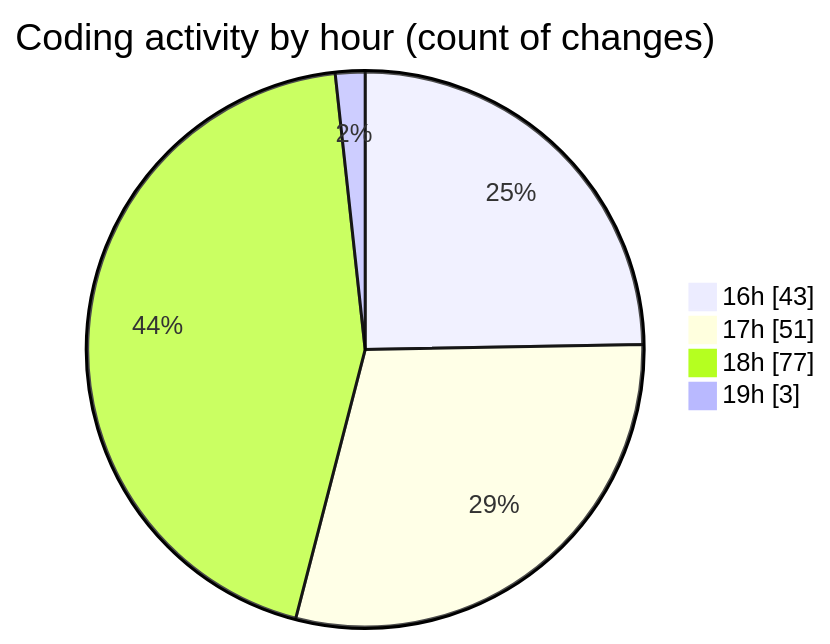
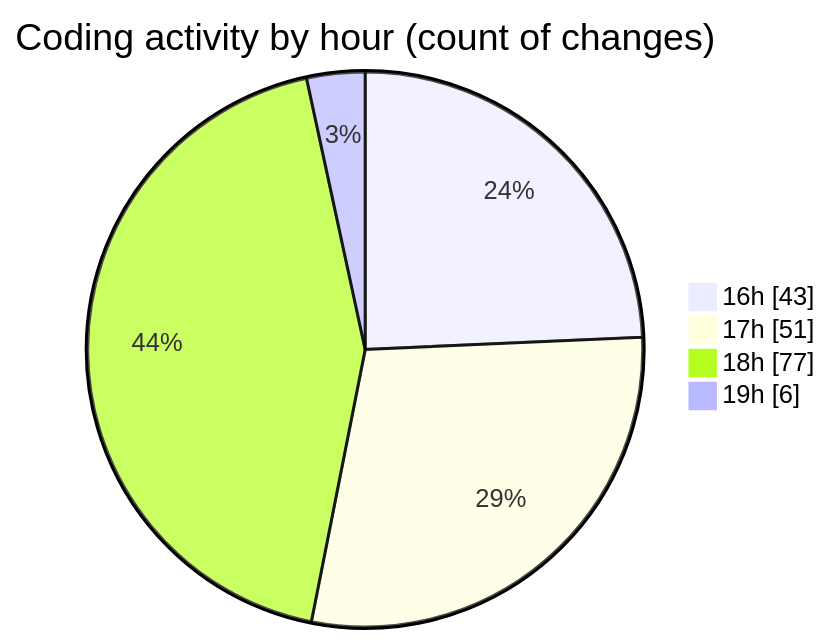
One commit to momahboobian/code-tracking changed the second of 2 diagrams in 2026-11-13/broadcaster-v6-feature/README.md. Above: the diagram before and after it, drawn with Mermaid. The commit also changed other lines of this file and 1 other file, not shown here.

````diff
--- a/2026-11-13/broadcaster-v6-feature/README.md
+++ b/2026-11-13/broadcaster-v6-feature/README.md
@@ -84,8 +85,8 @@
 ```mermaid
 pie showData
 title Coding activity by hour (count of changes)
 "16h" : 43
 "17h" : 51
 "18h" : 77
-"19h" : 3
+"19h" : 6
 ```
````
